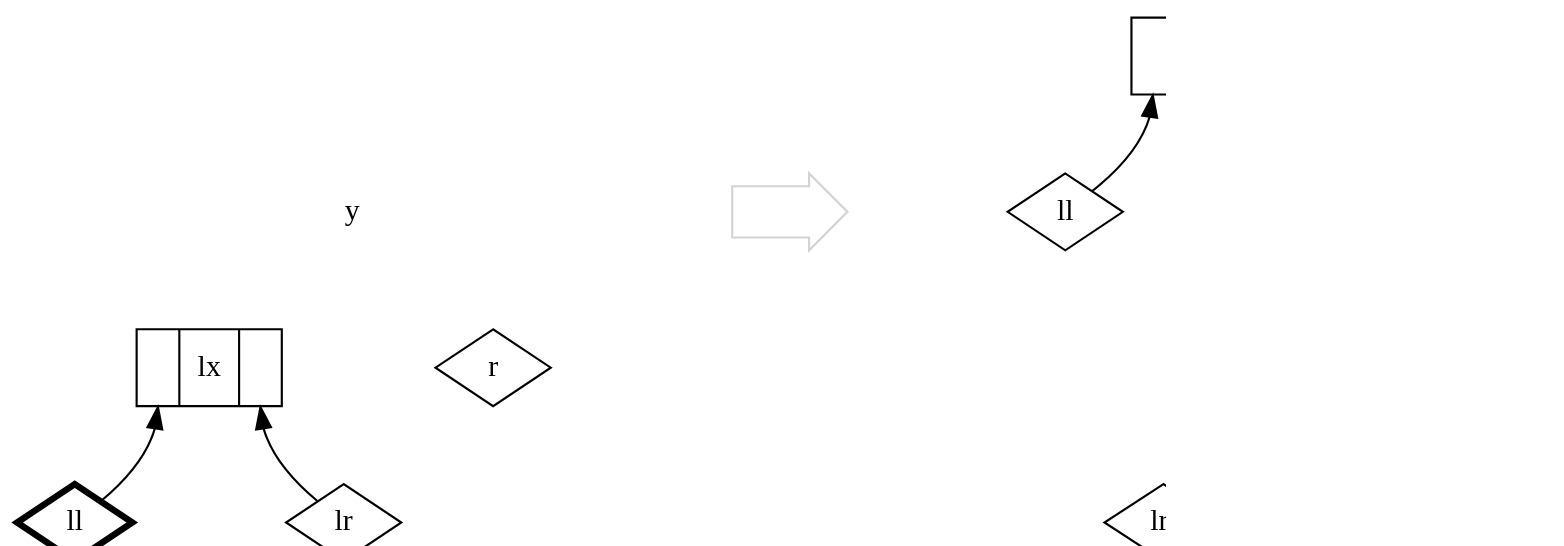
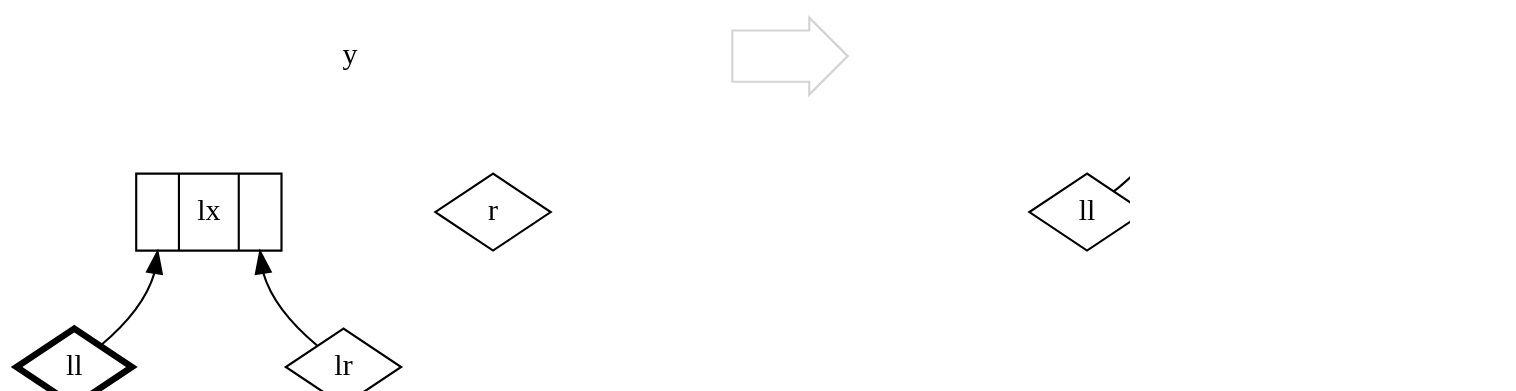
One commit to fommil/fpmortals changed diagram 29 of 30 in manuscript/book.org. Above: the diagram before and after it, drawn with Graphviz. The commit also changed other lines of this file and 3 other files, not shown here.

```diff
--- a/manuscript/book.org
+++ b/manuscript/book.org
@@ -7874,43 +7872,38 @@
 #+BEGIN_SRC dot :cmd dot :file images/balanceL-7b.png :exports results
 digraph G {
     graph [dpi=100, rankdir=BT,nodesep=1];
     node [fontname=Hack];
     compound=true;
 
     subgraph case {
       y [label="y",color=white];
       left [shape=record, label="<left> | <y> lx | <right>"];
       right [shape=diamond,label="r"];
       left -> y [style=invis];
       right -> y [style=invis];
       left_left [shape=diamond,label="ll",penwidth=3];
       left_right [shape=diamond, label="lr"];
       left_left -> left:left;
       left_right -> left:right;
     }
 
     goes_to [shape=rarrow,label="",color=lightgray];
     hack_2 [style=invis];
     hack_2 -> goes_to [style=invis];
     hack_3 [style=invis];
     hack_3 -> hack_2 [style=invis];
 
     subgraph case_ {
       y_ [shape=record,label="<left> | <y> lx | <right>"];
       left_ [shape=diamond,label="ll"];
       right_ [shape=record,label="<left> | <y> y | <right>"];
       left_ -> y_:left;
       right_ -> y_:right;
 
-      right_left_ [shape=record,label="<left> | <y> lrx | <right>"];
+      right_left_ [shape=diamond,label="ll"];
       right_right_ [shape=diamond,label="r"];
       right_left_ -> right_:left;
       right_right_ -> right_:right;
-
-      right_left_left_ [shape=diamond,label="lrl"];
-      right_left_right_ [shape=diamond,label="lrr"];
-      right_left_left_ -> right_left_:left;
-      right_left_right_ -> right_left_:right;
     }
 }
 #+End_SRC
```
